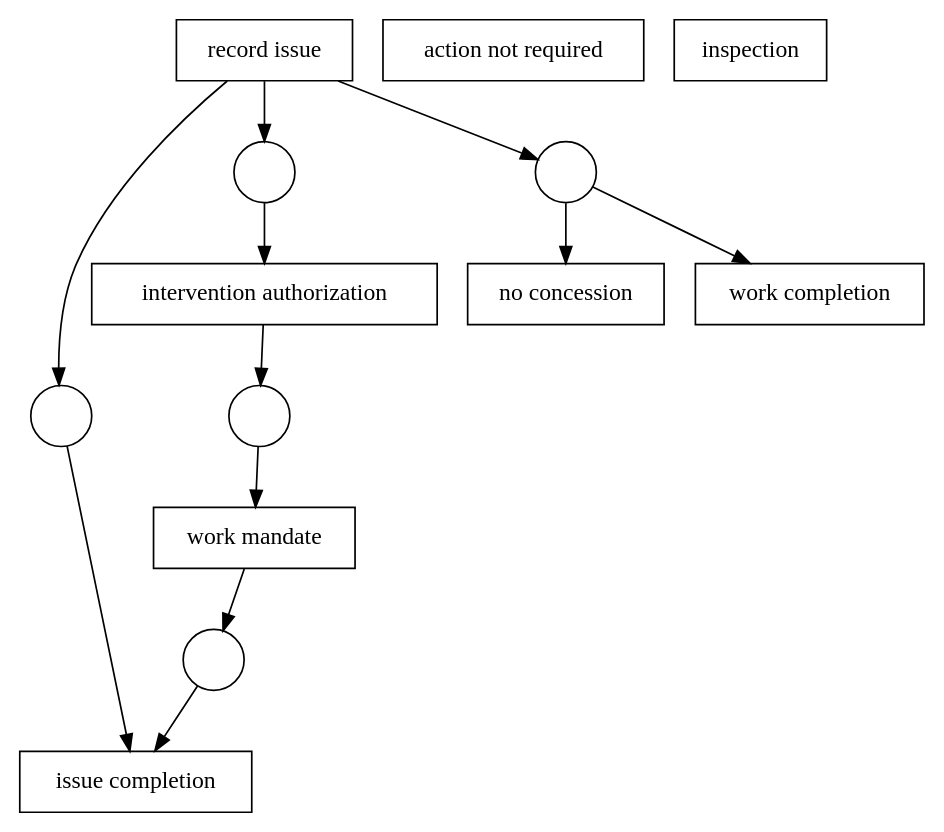
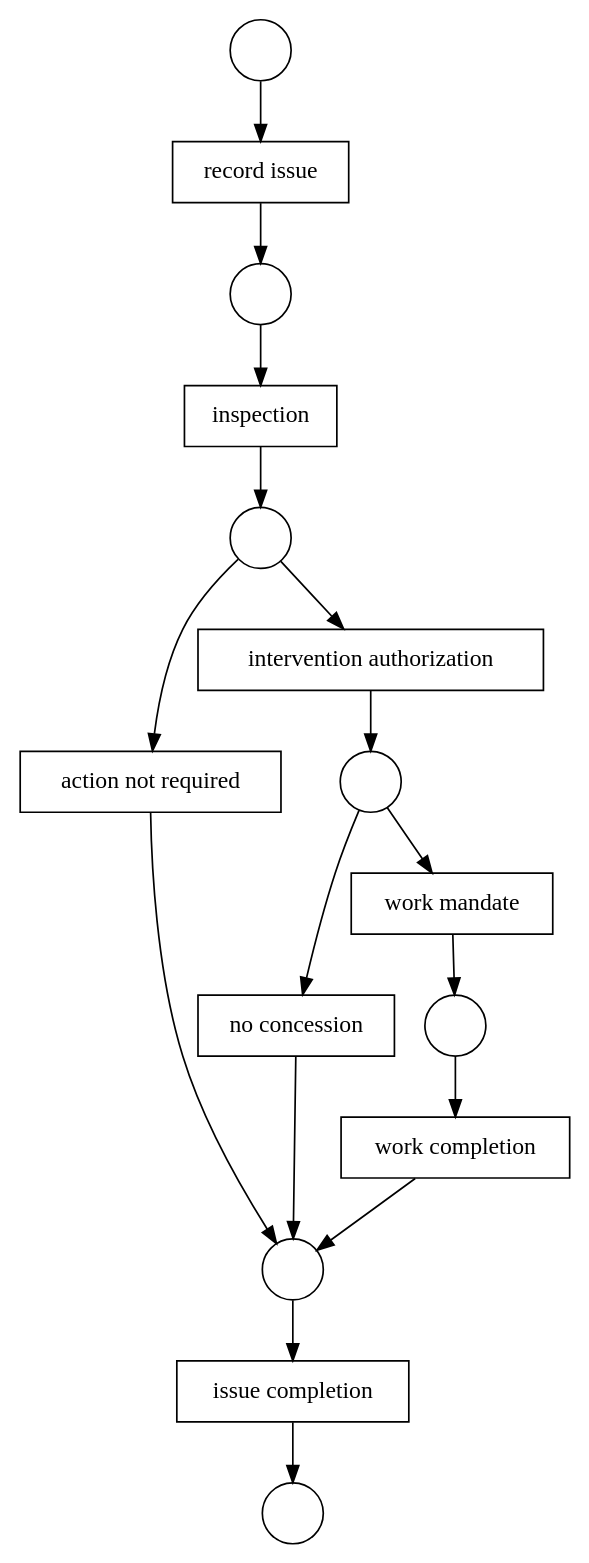
Before and after one commit to wcbup/Heuristic-Miner: the diagram in result.dot, drawn with Graphviz. The commit also changed 5 other files, not shown here.

```diff
--- a/result.dot
+++ b/result.dot
@@ -1,26 +1,33 @@
 digraph SourceGra {
-x1 [shape = box label="no concession"];
-x2 [shape = box label="issue completion"];
+x1 [shape = box label="record issue"];
+x2 [shape = box label="action not required"];
 x3 [shape = box label="work completion"];
-x4 [shape = box label="action not required"];
-x5 [shape = box label="inspection"];
+x4 [shape = box label="issue completion"];
+x5 [shape = box label="no concession"];
 x6 [shape = box label="work mandate"];
 x7 [shape = box label="intervention authorization"];
-x8 [shape = box label="record issue"];
+x8 [shape = box label="inspection"];
 x9 [shape = circle label=" "];
 x10 [shape = circle label=" "];
 x11 [shape = circle label=" "];
 x12 [shape = circle label=" "];
 x13 [shape = circle label=" "];
-x6 -> x12;
-x7 -> x11;
-x8 -> x9;
-x8 -> x10;
-x8 -> x13;
-x9 -> x2;
-x10 -> x7;
-x11 -> x6;
-x12 -> x2;
-x13 -> x1;
-x13 -> x3;
+x14 [shape = circle label=" "];
+x15 [shape = circle label=" "];
+x1 -> x9;
+x2 -> x13;
+x3 -> x13;
+x4 -> x14;
+x5 -> x13;
+x6 -> x10;
+x7 -> x12;
+x8 -> x11;
+x9 -> x8;
+x10 -> x3;
+x11 -> x2;
+x11 -> x7;
+x12 -> x5;
+x12 -> x6;
+x13 -> x4;
+x15 -> x1;
 }
```
